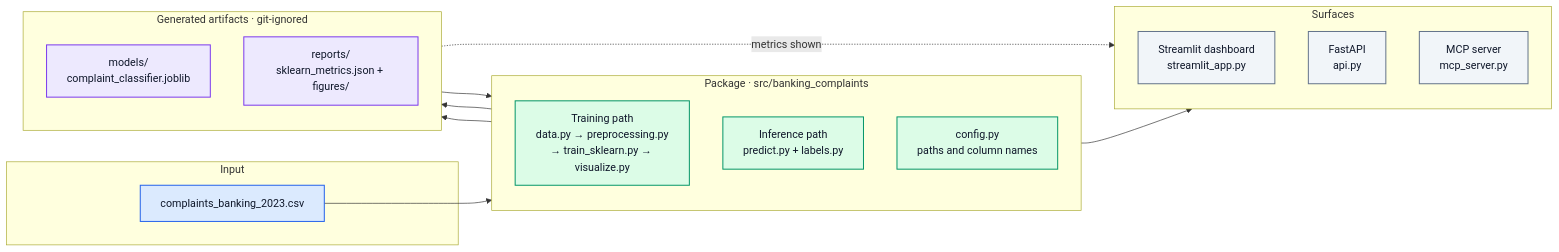
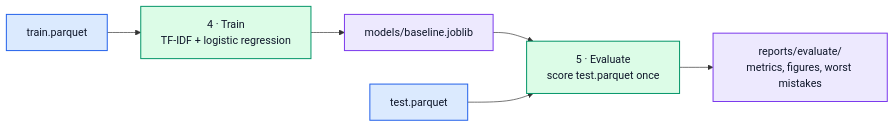
Before and after one commit to andres-linero/Banking-Complaints-NLP-Classifier: the second of 3 diagrams in README.md, drawn with Mermaid. The commit also changed other lines of this file and 1 other file, not shown here.

First line of the commit message:
Rewrite README around the rebuilt model

````diff
--- a/README.md
+++ b/README.md
@@ -136,43 +54,16 @@
 ```mermaid
 flowchart LR
-    classDef data fill:#dbeafe,stroke:#2563eb,stroke-width:1.5px,color:#0f172a
-    classDef pkg fill:#dcfce7,stroke:#059669,stroke-width:1.5px,color:#0f172a
+    classDef file fill:#dbeafe,stroke:#2563eb,stroke-width:1.5px,color:#0f172a
+    classDef step fill:#dcfce7,stroke:#059669,stroke-width:1.5px,color:#0f172a
     classDef out fill:#ede9fe,stroke:#7c3aed,stroke-width:1.5px,color:#0f172a
-    classDef serve fill:#f1f5f9,stroke:#64748b,stroke-width:1.5px,color:#0f172a
 
-    subgraph inputs["Input"]
-        csv["complaints_banking_2023.csv"]
-    end
+    TR["train.parquet"] --> TRAIN["4 · Train<br/>TF-IDF + logistic regression"]
+    TRAIN --> MODEL["models/baseline.joblib"]
+    MODEL --> EVAL["5 · Evaluate<br/>score test.parquet once"]
+    TE["test.parquet"] --> EVAL
+    EVAL --> REP["reports/evaluate/<br/>metrics, figures, worst mistakes"]
 
-    subgraph pkg["Package · src/banking_complaints"]
-        direction TB
-        training["Training path<br/>data.py → preprocessing.py<br/>→ train_sklearn.py → visualize.py"]
-        inference["Inference path<br/>predict.py + labels.py"]
-        config["config.py<br/>paths and column names"]
-    end
-
-    subgraph artifacts["Generated artifacts · git-ignored"]
-        direction TB
-        model["models/<br/>complaint_classifier.joblib"]
-        report["reports/<br/>sklearn_metrics.json + figures/"]
-    end
-
-    subgraph surfaces["Surfaces"]
-        direction TB
-        st["Streamlit dashboard<br/>streamlit_app.py"]
-        api["FastAPI<br/>api.py"]
-        mcp["MCP server<br/>mcp_server.py"]
-    end
-
-    csv --> training
-    training --> model
-    training --> report
-    model --> inference
-    inference --> surfaces
-    report -.->|metrics shown| surfaces
-
-    class csv data
-    class training,inference,config pkg
-    class model,report out
-    class st,api,mcp serve
+    class TR,TE file
+    class TRAIN,EVAL step
+    class MODEL,REP out
 ```
````
